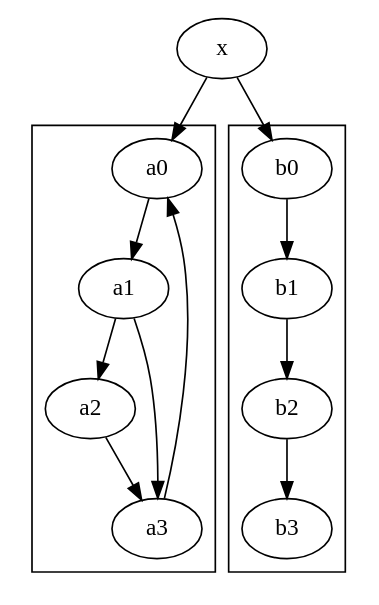
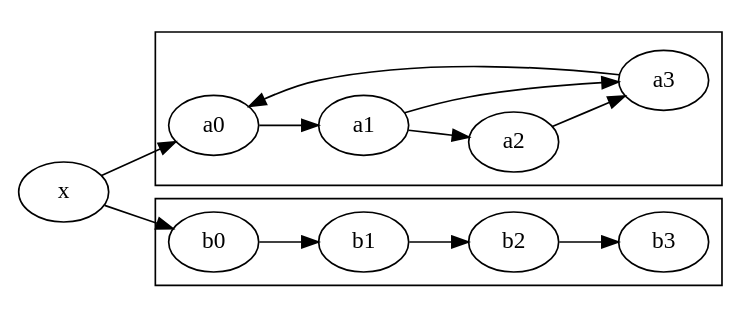
The diagram in data/12.clusters.in.gv (graphviz-perl/GraphViz2-Marpa-PathUtils), drawn with Graphviz before and after one commit. The commit also changed 34 other files, not shown here.

```diff
--- a/data/12.clusters.in.gv
+++ b/data/12.clusters.in.gv
@@ -1,8 +1,12 @@
-digraph G {
+digraph G
+{
+	rankdir = LR
+
 	subgraph cluster_c0 {a0 -> a1 -> a2 -> a3;}
 	subgraph cluster_c1 {b0 -> b1 -> b2 -> b3;}
+
 	x -> a0;
 	x -> b0;
 	a1 -> a3;
 	a3 -> a0;
 }
```
